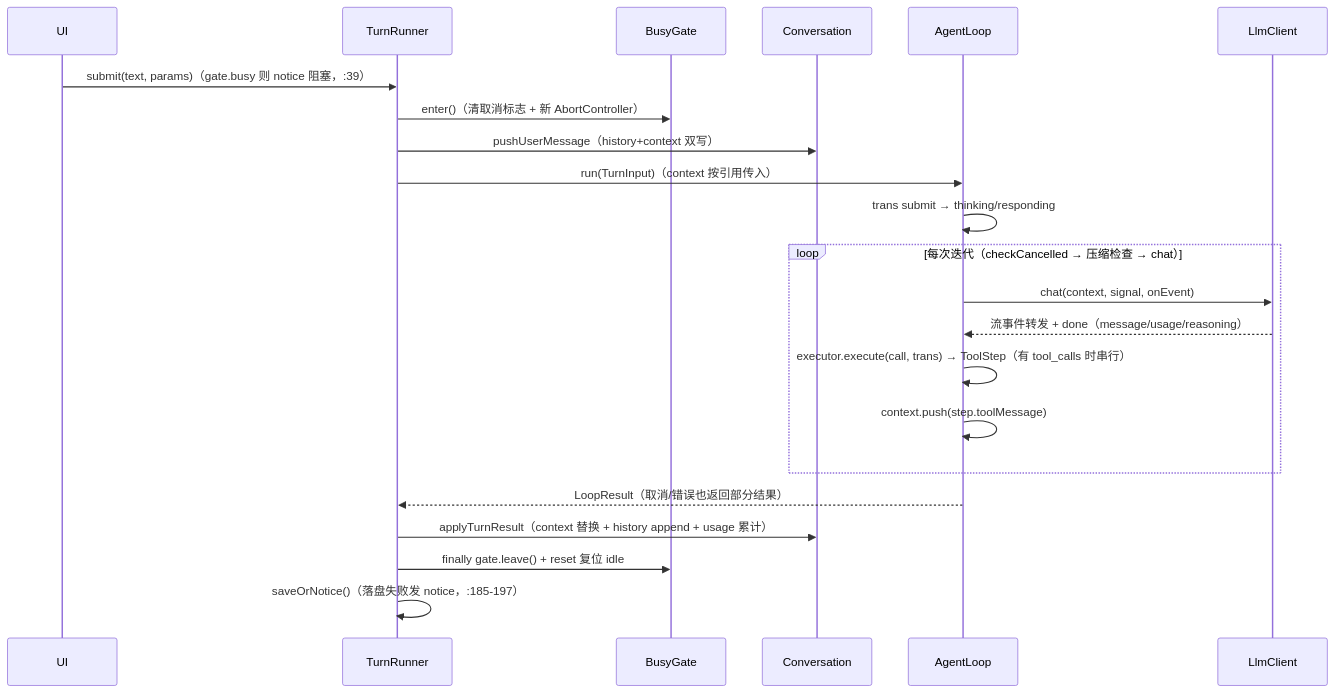
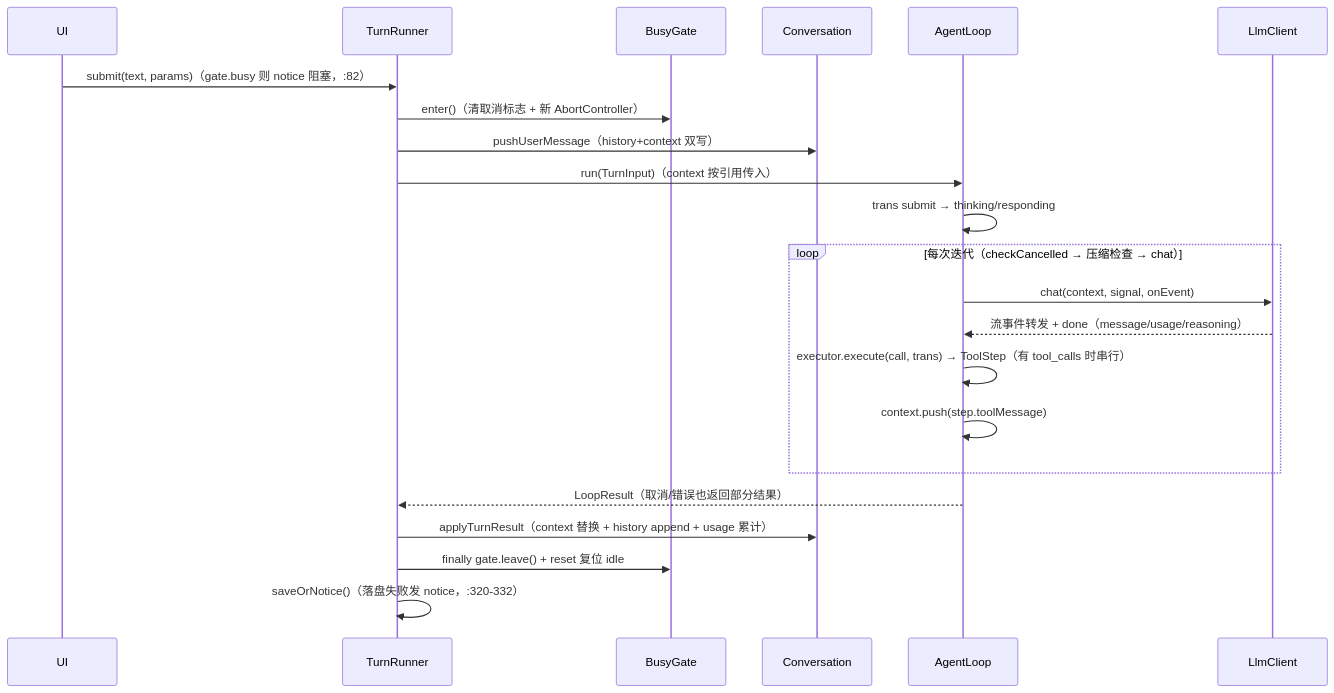
The second of 4 diagrams in docs/versions/0.2/02-设计实现/02-对话轮次引擎.md (Doggez1G/DogEggAgent), drawn with Mermaid before and after one commit. The commit also changed other lines of this file and 39 other files, not shown here.

````diff
--- a/docs/versions/0.2/02-设计实现/02-对话轮次引擎.md
+++ b/docs/versions/0.2/02-设计实现/02-对话轮次引擎.md
@@ -170,25 +178,25 @@
 ```mermaid
 sequenceDiagram
   participant U as UI
   participant TR as TurnRunner
   participant G as BusyGate
   participant C as Conversation
   participant L as AgentLoop
   participant X as LlmClient
 
-  U->>TR: submit(text, params)（gate.busy 则 notice 阻塞，:39）
+  U->>TR: submit(text, params)（gate.busy 则 notice 阻塞，:82）
   TR->>G: enter()（清取消标志 + 新 AbortController）
   TR->>C: pushUserMessage（history+context 双写）
   TR->>L: run(TurnInput)（context 按引用传入）
   L->>L: trans submit → thinking/responding
   loop 每次迭代（checkCancelled → 压缩检查 → chat）
     L->>X: chat(context, signal, onEvent)
     X-->>L: 流事件转发 + done（message/usage/reasoning）
     L->>L: executor.execute(call, trans) → ToolStep（有 tool_calls 时串行）
     L->>L: context.push(step.toolMessage)
   end
   L-->>TR: LoopResult（取消/错误也返回部分结果）
   TR->>C: applyTurnResult（context 替换 + history append + usage 累计）
   TR->>G: finally gate.leave() + reset 复位 idle
-  TR->>TR: saveOrNotice()（落盘失败发 notice，:185-197）
+  TR->>TR: saveOrNotice()（落盘失败发 notice，:320-332）
 ```
````
